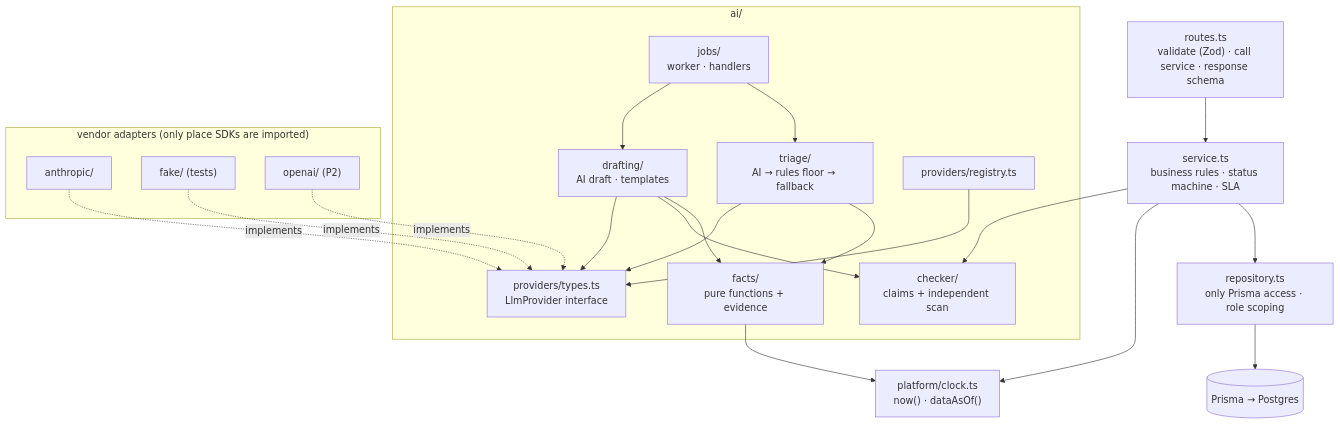
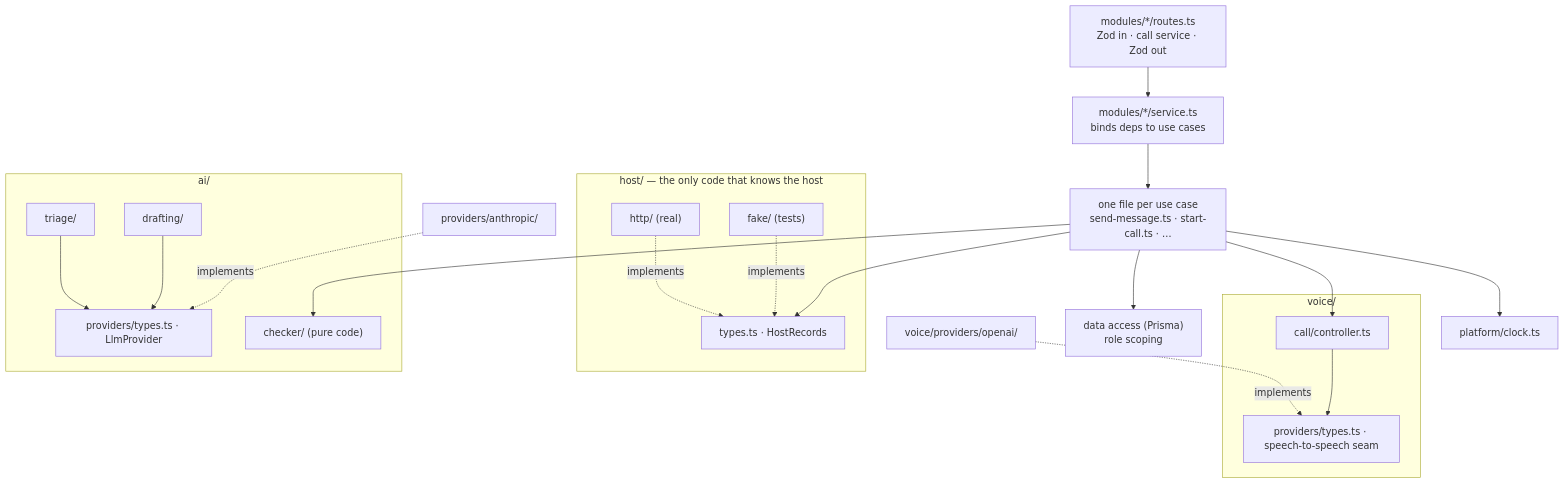
One commit to akshykmratloop/bookLeaf_support_system changed the third of 13 diagrams in docs/architecture.md. Above: the diagram before and after it, drawn with Mermaid. The commit also changed other lines of this file and 5 other files, not shown here.

First line of the commit message:
docs(integration): integration guide, architecture and README for the pluggable module

````diff
--- a/docs/architecture.md
+++ b/docs/architecture.md
@@ -60,40 +73,40 @@
 ```mermaid
 flowchart TB
-    routes["routes.ts<br/>validate (Zod) · call service · response schema"]
-    services["service.ts<br/>business rules · status machine · SLA"]
-    repos["repository.ts<br/>only Prisma access · role scoping"]
-    prisma[("Prisma → Postgres")]
-    clock["platform/clock.ts<br/>now() · dataAsOf()"]
+    routes["modules/*/routes.ts<br/>Zod in · call service · Zod out"]
+    service["modules/*/service.ts<br/>binds deps to use cases"]
+    usecases["one file per use case<br/>send-message.ts · start-call.ts · …"]
+    data["data access (Prisma)<br/>role scoping"]
+    clock["platform/clock.ts"]
 
+    subgraph hostseam["host/ — the only code that knows the host"]
+        hosttypes["types.ts · HostRecords"]
+        hosthttp["http/ (real)"]
+        hostfake["fake/ (tests)"]
+    end
     subgraph ai["ai/"]
-        facts["facts/<br/>pure functions + evidence"]
-        triage["triage/<br/>AI → rules floor → fallback"]
-        drafting["drafting/<br/>AI draft · templates"]
-        checker["checker/<br/>claims + independent scan"]
-        port["providers/types.ts<br/>LlmProvider interface"]
-        registry["providers/registry.ts"]
-        jobs["jobs/<br/>worker · handlers"]
+        triage["triage/"]
+        drafting["drafting/"]
+        checker["checker/ (pure code)"]
+        llmseam["providers/types.ts · LlmProvider"]
     end
+    subgraph voice["voice/"]
+        controller["call/controller.ts"]
+        s2sseam["providers/types.ts · speech-to-speech seam"]
+    end
+    anth["providers/anthropic/"]
+    oai["voice/providers/openai/"]
 
-    subgraph vendors["vendor adapters (only place SDKs are imported)"]
-        anth["anthropic/"]
-        fake["fake/ (tests)"]
-        oai["openai/ (P2)"]
-    end
-
-    routes --> services --> repos --> prisma
-    services --> checker
-    jobs --> triage
-    jobs --> drafting
-    triage --> facts
-    drafting --> facts
-    drafting --> checker
-    facts --> clock
-    services --> clock
-    triage --> port
-    drafting --> port
-    registry --> port
-    anth -. implements .-> port
-    fake -. implements .-> port
-    oai -. implements .-> port
+    routes --> service --> usecases
+    usecases --> data
+    usecases --> hosttypes
+    usecases --> checker
+    usecases --> controller
+    triage --> llmseam
+    drafting --> llmseam
+    controller --> s2sseam
+    hosthttp -. implements .-> hosttypes
+    hostfake -. implements .-> hosttypes
+    anth -. implements .-> llmseam
+    oai -. implements .-> s2sseam
+    usecases --> clock
 ```
````
